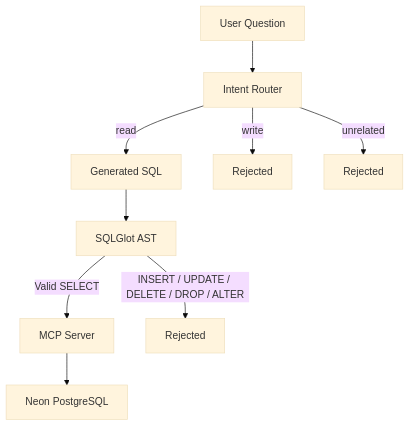
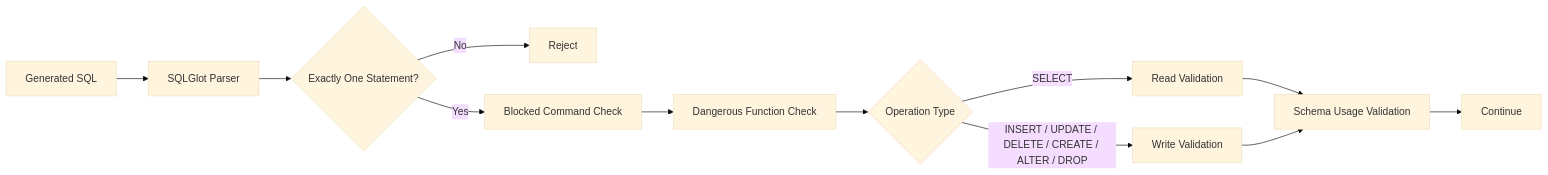
Before and after one commit to radhey004/database--agent: the fifth of 7 diagrams in README.md, drawn with Mermaid (base theme). The commit also changed other lines of this file, not shown here.

````diff
--- a/README.md
+++ b/README.md
@@ -544,19 +366,25 @@
 ```mermaid
-flowchart TD
-    Q[User Question]
-    I[Intent Router]
+flowchart LR
+
     SQL[Generated SQL]
-    AST[SQLGlot AST]
-    MCP[MCP Server]
-    DB[Neon PostgreSQL]
 
-    Q --> I
-    I -->|write| X1[Rejected]
-    I -->|unrelated| X2[Rejected]
-    I -->|read| SQL
-    SQL --> AST
+    SQL --> PARSE[SQLGlot Parser]
 
-    AST -->|INSERT / UPDATE / DELETE / DROP / ALTER| X3[Rejected]
-    AST -->|Valid SELECT| MCP
-    MCP --> DB
+    PARSE --> ONE{Exactly One Statement?}
+
+    ONE -->|No| X[Reject]
+
+    ONE -->|Yes| BLOCK[Blocked Command Check]
+
+    BLOCK --> FUNC[Dangerous Function Check]
+
+    FUNC --> TYPE{Operation Type}
+
+    TYPE -->|SELECT| READ[Read Validation]
+    TYPE -->|INSERT / UPDATE / DELETE / CREATE / ALTER / DROP| WRITE[Write Validation]
+
+    READ --> SCHEMA[Schema Usage Validation]
+    WRITE --> SCHEMA
+
+    SCHEMA --> OK[Continue]
 ```
````
